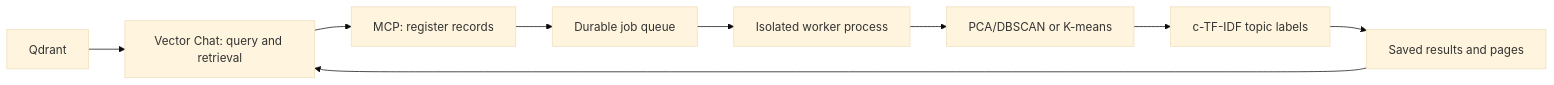
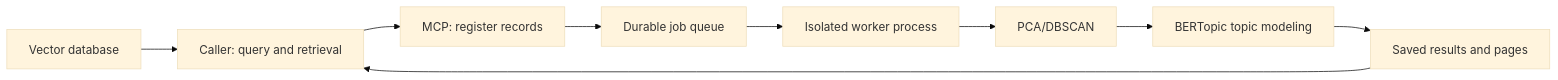
One commit to EigenLake-Org/eigenlens changed the diagram in docs/architecture.md. Above: the diagram before and after it, drawn with Mermaid (base theme). The commit also changed other lines of this file and 18 other files, not shown here.

Commit message:
Use DBSCAN and BERTopic with a standalone banking demo

````diff
--- a/docs/architecture.md
+++ b/docs/architecture.md
@@ -3,11 +3,11 @@
 ```mermaid
 flowchart LR
-    Q[Qdrant] --> C[Vector Chat: query and retrieval]
+    Q[Vector database] --> C[Caller: query and retrieval]
     C --> R[MCP: register records]
     R --> S[Durable job queue]
     S --> W[Isolated worker process]
-    W --> A[PCA/DBSCAN or K-means]
-    A --> T[c-TF-IDF topic labels]
+    W --> A[PCA/DBSCAN]
+    A --> T[BERTopic topic modeling]
     T --> P[Saved results and pages]
     P --> C
 ```
````
